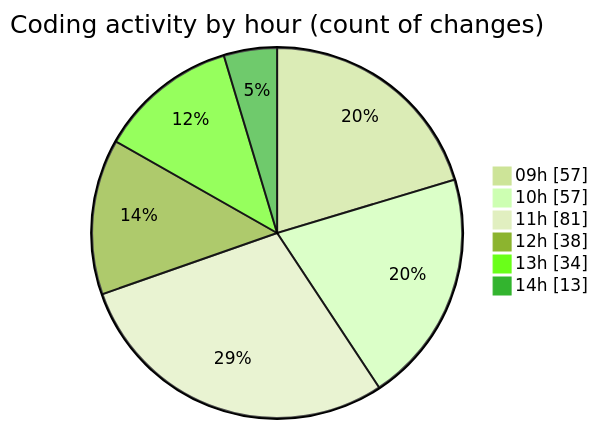
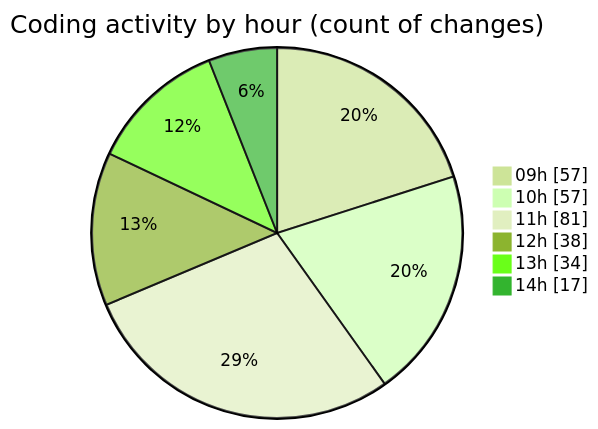
Before and after one commit to momahboobian/code-tracking: the second of 2 diagrams in 2025-09-19/cda/README.md, drawn with Mermaid (forest theme). The commit also changed other lines of this file and 1 other file, not shown here.

````diff
--- a/2025-09-19/cda/README.md
+++ b/2025-09-19/cda/README.md
@@ -35,10 +35,10 @@
 ```mermaid
 pie showData
 title Coding activity by hour (count of changes)
 "09h" : 57
 "10h" : 57
 "11h" : 81
 "12h" : 38
 "13h" : 34
-"14h" : 13
+"14h" : 17
 ```
````
